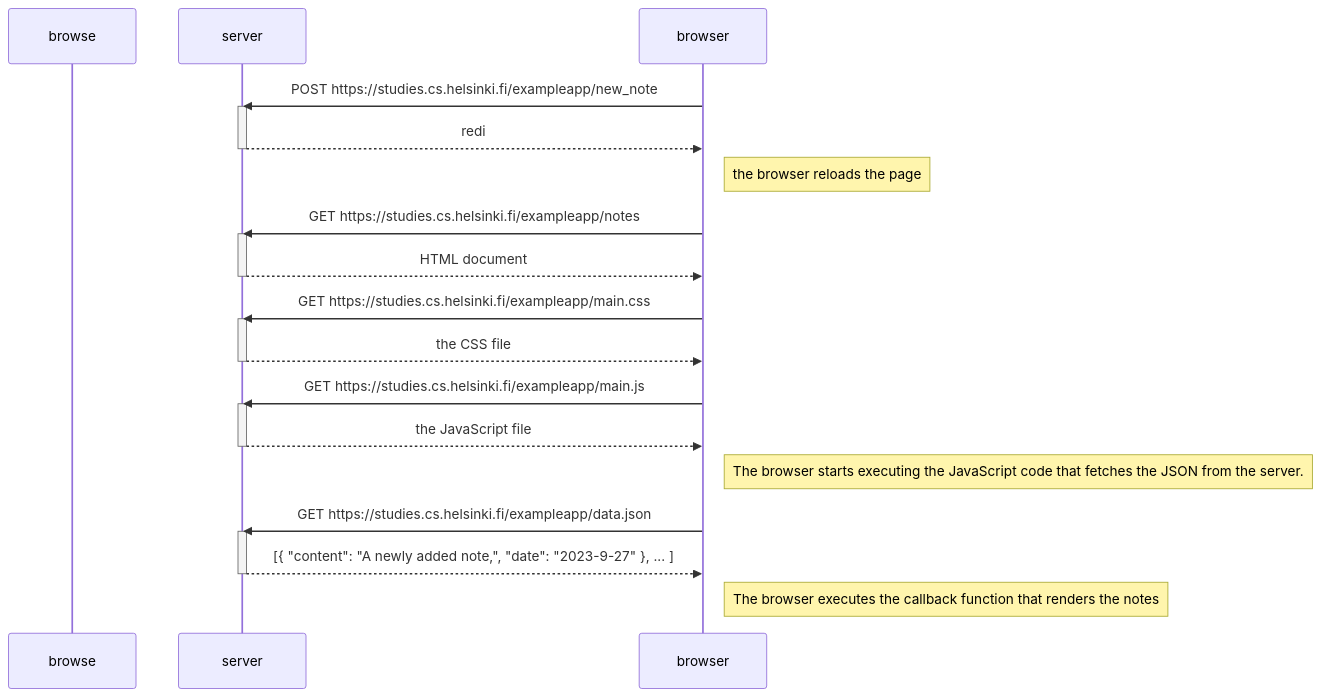
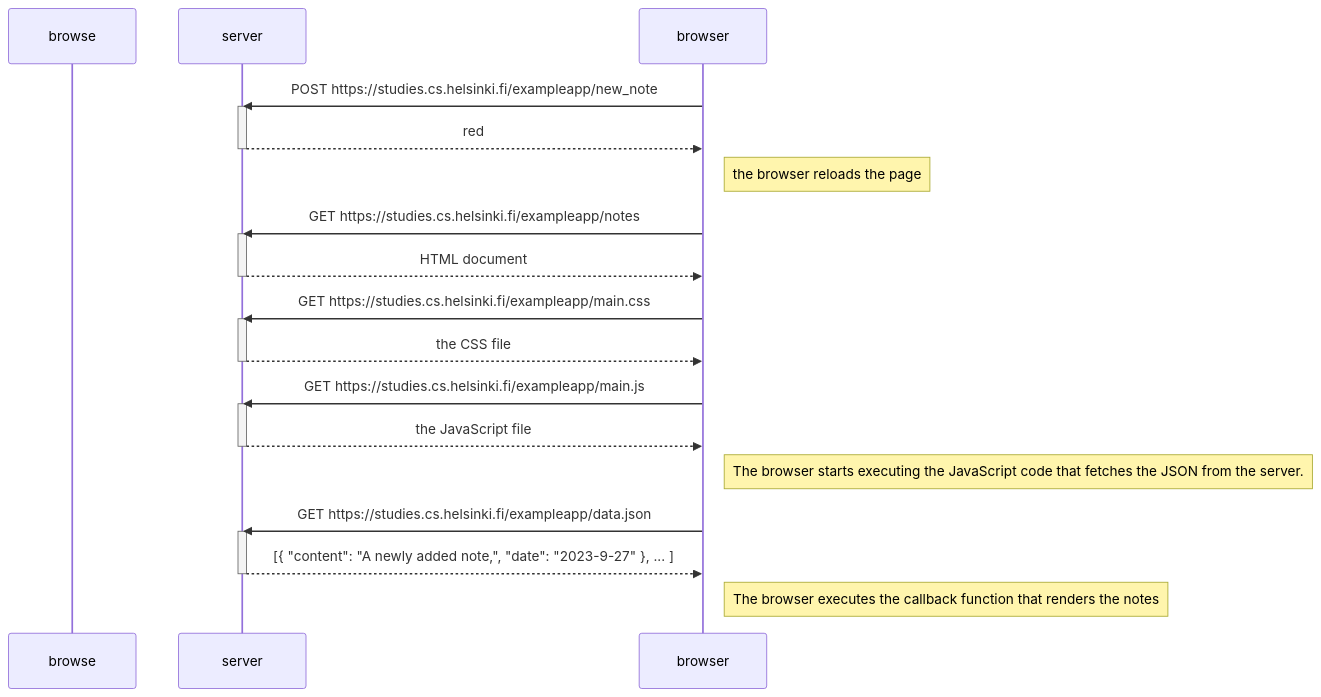
One commit to AlexanderGurnet/fullstackopen changed the diagram in part0/0.4/new_note_diagram.md. Above: the diagram before and after it, drawn with Mermaid.

````diff
--- a/part0/0.4/new_note_diagram.md
+++ b/part0/0.4/new_note_diagram.md
@@ -2,35 +2,35 @@
 ```mermaid
   sequenceDiagram
     participant browse
     participant server
 
     browser->>server: POST https://studies.cs.helsinki.fi/exampleapp/new_note
     activate server
-    server-->>browser: redi
+    server-->>browser: red
     deactivate server
     Note right of browser: the browser reloads the page
 
     browser->>server: GET https://studies.cs.helsinki.fi/exampleapp/notes
     activate server
     server-->>browser: HTML document
     deactivate server
     
     browser->>server: GET https://studies.cs.helsinki.fi/exampleapp/main.css
     activate server
     server-->>browser: the CSS file
     deactivate server
 
     browser->>server: GET https://studies.cs.helsinki.fi/exampleapp/main.js
     activate server
     server-->>browser: the JavaScript file
     deactivate server
 
     Note right of browser: The browser starts executing the JavaScript code that fetches the JSON from the server.
 
     browser->>server: GET https://studies.cs.helsinki.fi/exampleapp/data.json
     activate server
     server-->>browser: [{ "content": "A newly added note,", "date": "2023-9-27" }, ... ]
     deactivate server
 
     Note right of browser: The browser executes the callback function that renders the notes
 ```
````
